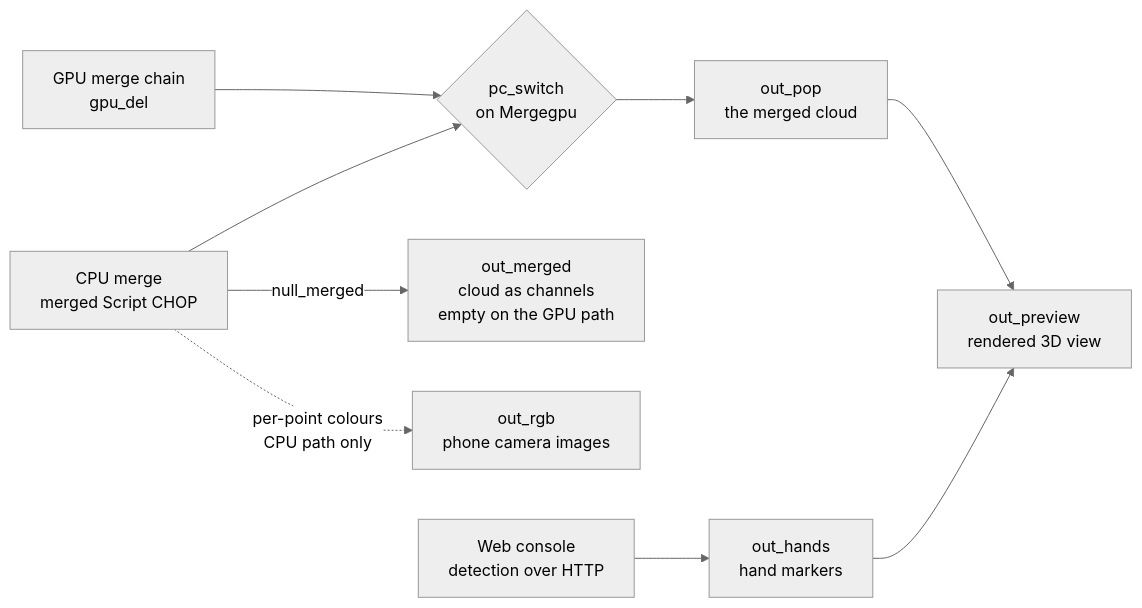
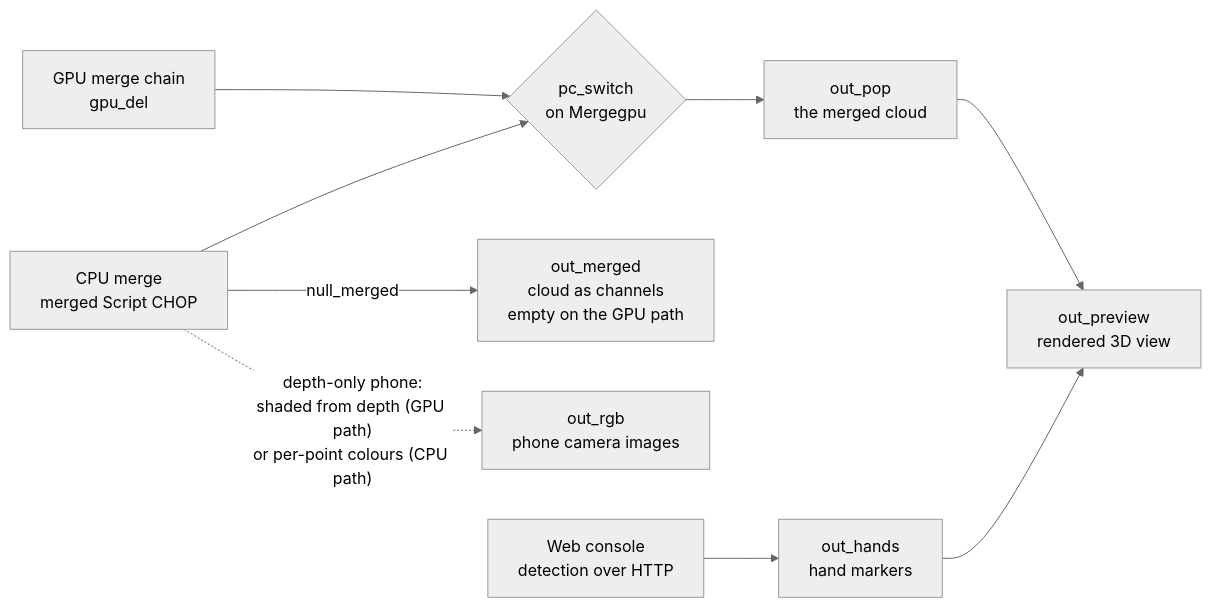
The diagram in td/outputs.md (AristidesAI/TDStage-Docs), drawn with Mermaid (neutral theme) before and after one commit. The commit also changed other lines of this file and 8 other files, not shown here.

````diff
--- a/td/outputs.md
+++ b/td/outputs.md
@@ -23,21 +23,21 @@
 ```mermaid
 flowchart LR
   GPU["GPU merge chain<br/>gpu_del"]
   CPU["CPU merge<br/>merged Script CHOP"]
   SW{"pc_switch<br/>on Mergegpu"}
   POP["out_pop<br/>the merged cloud"]
   CH["out_merged<br/>cloud as channels<br/>empty on the GPU path"]
   RGB["out_rgb<br/>phone camera images"]
   PRE["out_preview<br/>rendered 3D view"]
   HAN["out_hands<br/>hand markers"]
   CONS["Web console<br/>detection over HTTP"]
 
   GPU --> SW
   CPU --> SW
   SW --> POP
   CPU -- "null_merged" --> CH
-  CPU -. "per-point colours<br/>CPU path only" .-> RGB
+  CPU -. "depth-only phone:<br/>shaded from depth (GPU path)<br/>or per-point colours (CPU path)" .-> RGB
   POP --> PRE
   CONS --> HAN
   HAN --> PRE
 ```
````
